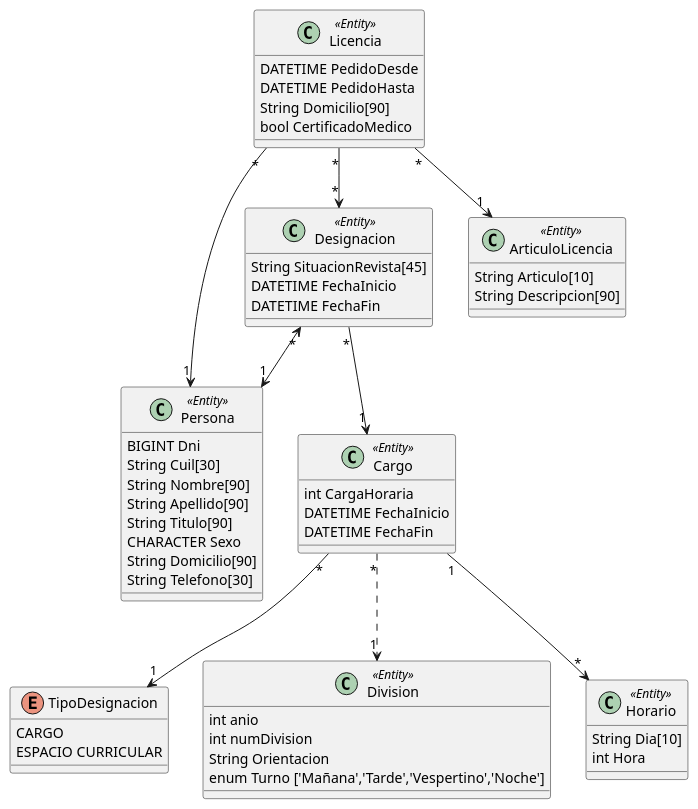
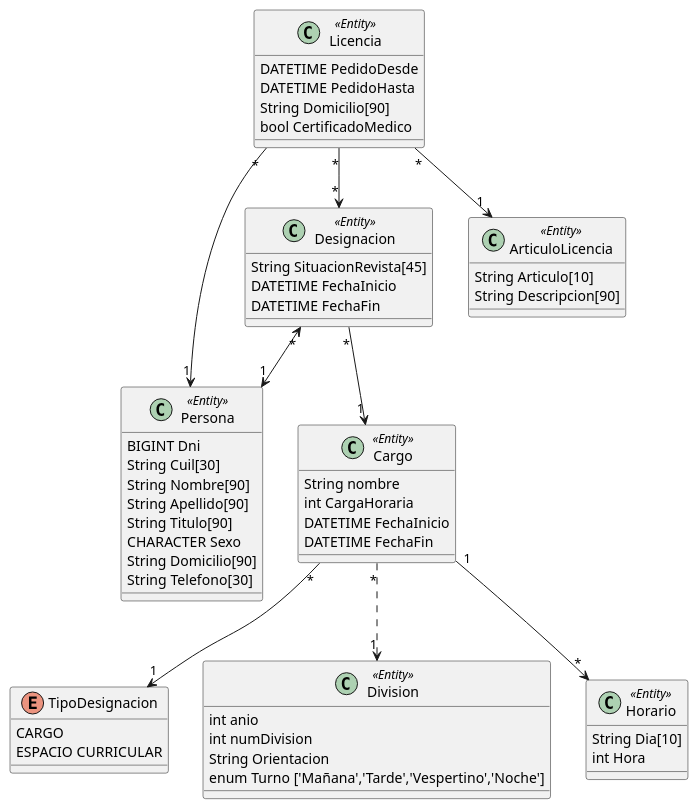
One commit to ivomariezcurrena/MagallanesApp changed the diagram in diagram.pu. Above: the diagram before and after it, drawn with PlantUML.

Commit message:
Replace diagram.pu

```diff
--- a/diagram.pu
+++ b/diagram.pu
@@ -1,66 +1,67 @@
 @startuml
 enum TipoDesignacion {
    CARGO
    ESPACIO CURRICULAR
 }
 
 class Division <<Entity>> {
   int anio
   int numDivision
   String Orientacion
   enum Turno ['Mañana','Tarde','Vespertino','Noche']
 }
 
 class Cargo <<Entity>> {
+  String nombre
   int CargaHoraria
   DATETIME FechaInicio
   DATETIME FechaFin
 }
 
 Cargo "*" --> "1" TipoDesignacion
 Cargo "*" ..> "1" Division
 
 class Persona <<Entity>> {
   BIGINT Dni
   String Cuil[30]
   String Nombre[90]
   String Apellido[90]
   String Titulo[90]
   CHARACTER Sexo
   String Domicilio[90]
   String Telefono[30]
 }
 
 class Designacion <<Entity>> {
   String SituacionRevista[45]
   DATETIME FechaInicio
   DATETIME FechaFin
 }
 
 Designacion "*" <--> "1" Persona
 Designacion "*" --> "1" Cargo
 
 class Horario <<Entity>> {
   String Dia[10]
   int Hora
 }
 
 Cargo "1" --> "*" Horario
 
 class ArticuloLicencia <<Entity>> {
   String Articulo[10]
   String Descripcion[90]
 }
 
 class Licencia <<Entity>> {
   DATETIME PedidoDesde
   DATETIME PedidoHasta
   String Domicilio[90]
   bool CertificadoMedico
 }
 
 Licencia "*" --> "1" Persona
 Licencia "*" --> "1" ArticuloLicencia
 Licencia "*" --> "*" Designacion
 
 @enduml
```
